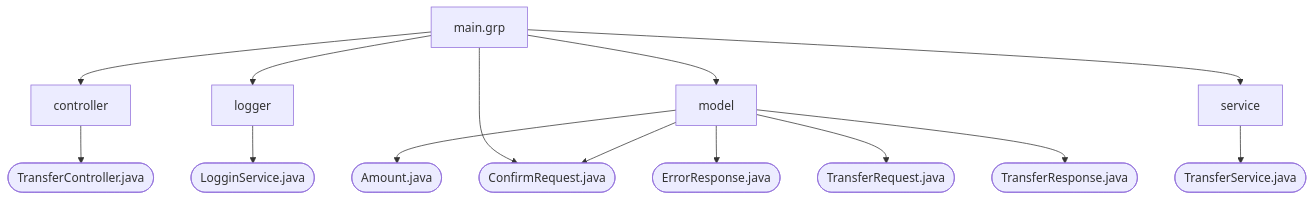
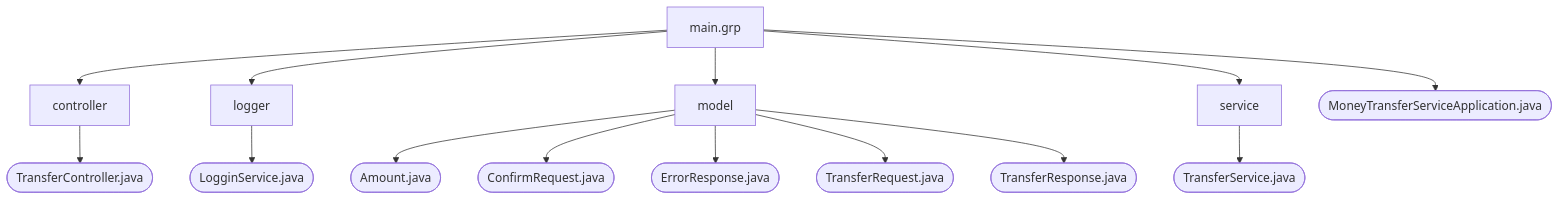
One commit to KomX512/MoneyTransfer_BCK_CW changed the diagram in readme.md. Above: the diagram before and after it, drawn with Mermaid.

Commit message:
Добавлена схема в комментарий проекта

````diff
--- a/readme.md
+++ b/readme.md
@@ -46,17 +46,17 @@
 ```mermaid
   graph TD;
     A["main.grp"] 
     A-->B["controller"];
     A-->C["logger"];
     A-->D["model"];
     A-->E["service"];
     A-->F(["MoneyTransferServiceApplication.java"])
     B-->J(["TransferController.java"])
     C-->H(["LogginService.java"]) 
     D-->I(["Amount.java"]) 
-    D-->F(["ConfirmRequest.java"]) 
+    D-->O(["ConfirmRequest.java"]) 
     D-->K(["ErrorResponse.java"])
     D-->L(["TransferRequest.java"])
     D-->M(["TransferResponse.java"])
     E-->N(["TransferService.java"])
 ```
````
